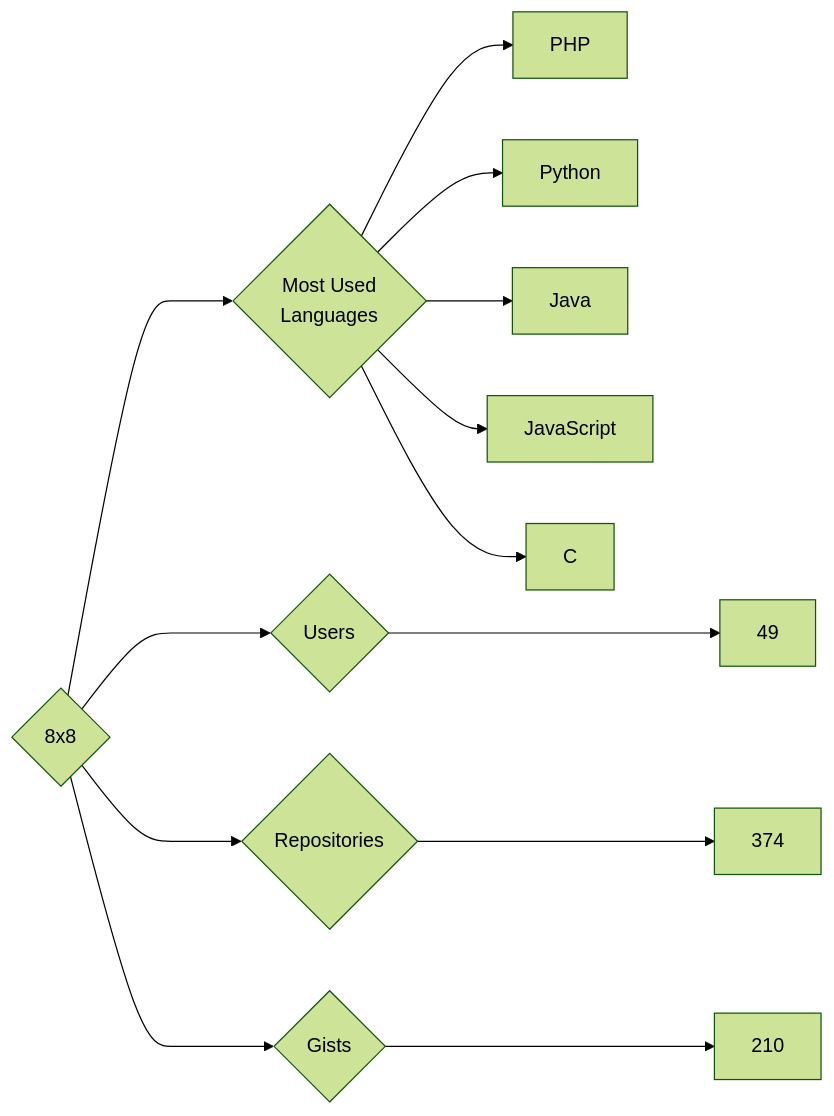
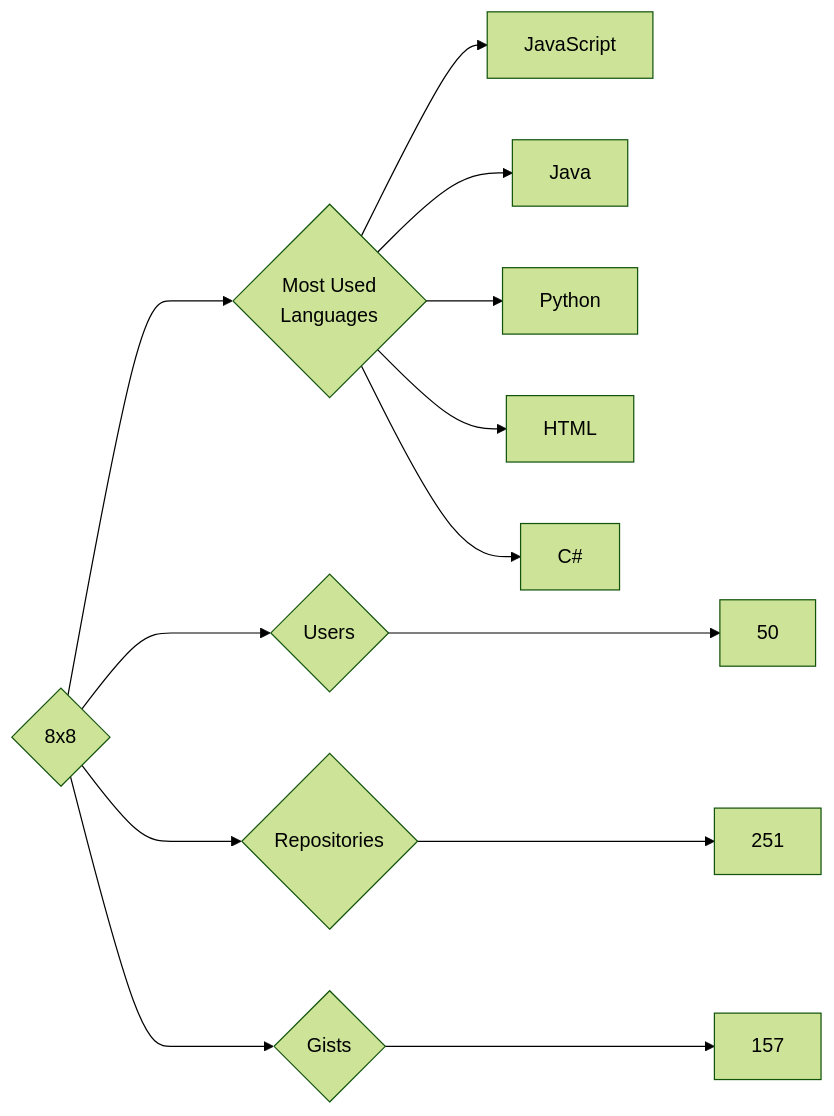
Before and after one commit to trickest/insiders: the diagram in targets/8x8/README.md, drawn with Mermaid (forest theme). The commit also changed 916 other files, not shown here.

````diff
--- a/targets/8x8/README.md
+++ b/targets/8x8/README.md
@@ -3,13 +3,13 @@
 ```mermaid
 graph LR
 COMPANY_NAME{8x8}
-COMPANY_NAME ---> U{Users} ---> UN[49]
-COMPANY_NAME ---> R{Repositories} ---> RN[374]
-COMPANY_NAME ---> G{Gists} ---> GN[210]
+COMPANY_NAME ---> U{Users} ---> UN[50]
+COMPANY_NAME ---> R{Repositories} ---> RN[251]
+COMPANY_NAME ---> G{Gists} ---> GN[157]
 COMPANY_NAME ---> ML{Most Used<br>Languages}
-ML --> PHP[PHP]
+ML --> JavaScript[JavaScript]
+ML --> Java[Java]
 ML --> Python[Python]
-ML --> Java[Java]
-ML --> JavaScript[JavaScript]
-ML --> C[C]
+ML --> HTML[HTML]
+ML --> C#[C#]
 ```
````
